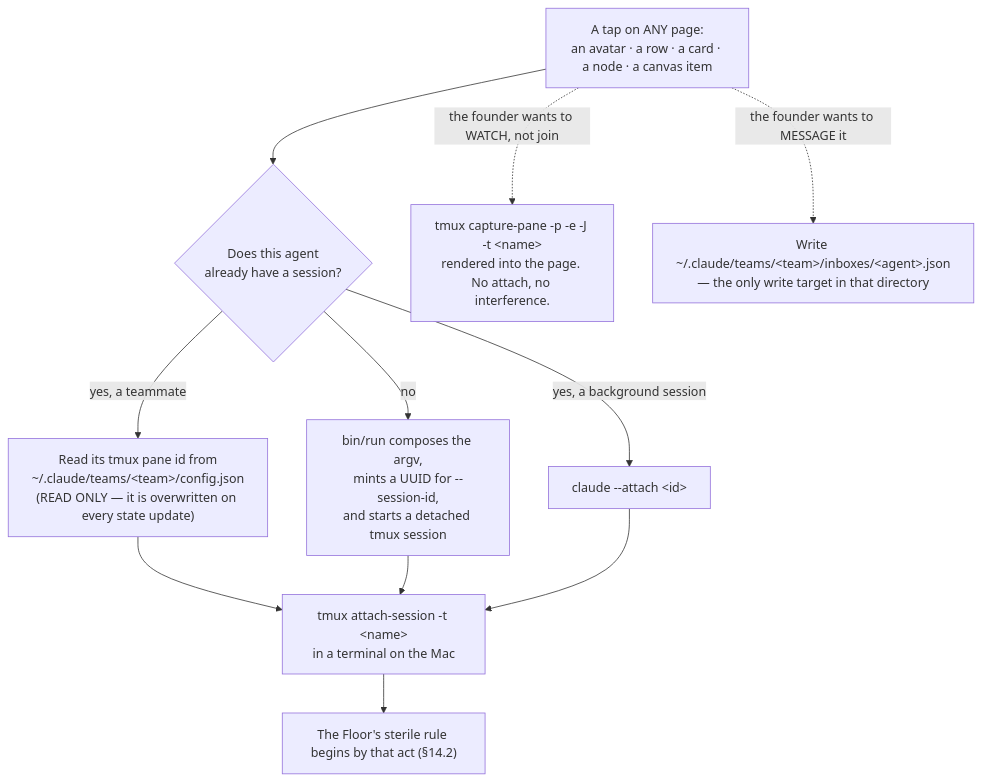
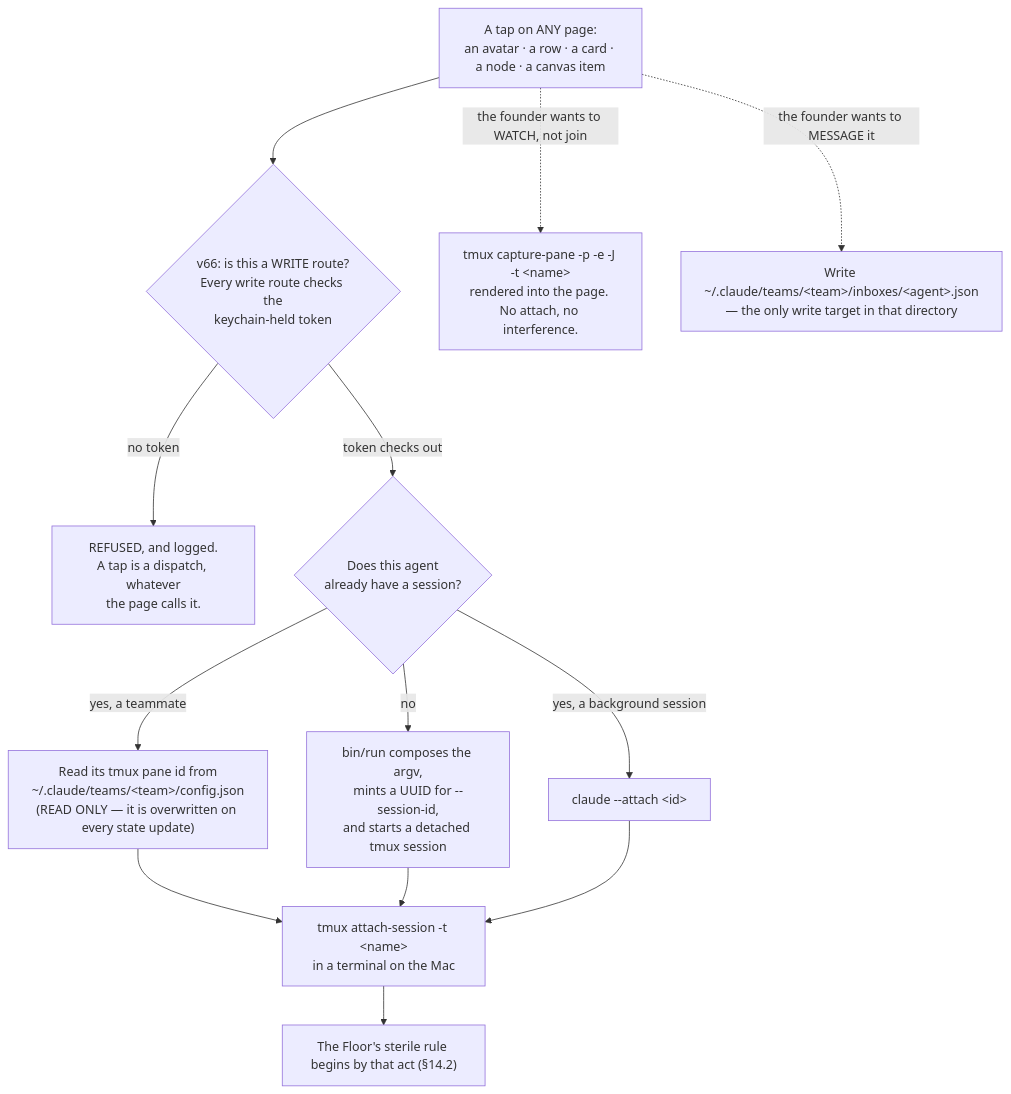
One commit to Adam077K/agentvibe changed the third of 3 diagrams in docs/03-system-design/final-v2/parts/14-mission-control.md. Above: the diagram before and after it, drawn with Mermaid. The commit also changed other lines of this file and 8 other files, not shown here.

````diff
--- a/docs/03-system-design/final-v2/parts/14-mission-control.md
+++ b/docs/03-system-design/final-v2/parts/14-mission-control.md
@@ -517,13 +628,15 @@
 ```mermaid
 flowchart TD
-    TAP["A tap on ANY page:<br/>an avatar · a row · a card · a node · a canvas item"] --> WHO{"Does this agent<br/>already have a session?"}
+    TAP["A tap on ANY page:<br/>an avatar · a row · a card · a node · a canvas item"] --> AUTH{"v66: is this a WRITE route?<br/>Every write route checks the<br/>keychain-held token"}
+    AUTH -->|"no token"| REFUSE["REFUSED, and logged.<br/>A tap is a dispatch, whatever<br/>the page calls it."]
+    AUTH -->|"token checks out"| WHO{"Does this agent<br/>already have a session?"}
     WHO -->|"yes, a teammate"| PANE["Read its tmux pane id from<br/>~/.claude/teams/&lt;team&gt;/config.json<br/>(READ ONLY — it is overwritten on every state update)"]
     WHO -->|"yes, a background session"| ATT["claude --attach &lt;id&gt;"]
     WHO -->|"no"| NEW["bin/run composes the argv,<br/>mints a UUID for --session-id,<br/>and starts a detached tmux session"]
     PANE --> ATTACH["tmux attach-session -t &lt;name&gt;<br/>in a terminal on the Mac"]
     NEW --> ATTACH
     ATT --> ATTACH
     ATTACH --> STERILE["The Floor's sterile rule begins by that act (§14.2)"]
     TAP -.->|"the founder wants to WATCH, not join"| CAP["tmux capture-pane -p -e -J -t &lt;name&gt;<br/>rendered into the page. No attach, no interference."]
     TAP -.->|"the founder wants to MESSAGE it"| INBOX["Write ~/.claude/teams/&lt;team&gt;/inboxes/&lt;agent&gt;.json<br/>— the only write target in that directory"]
 ```
````
